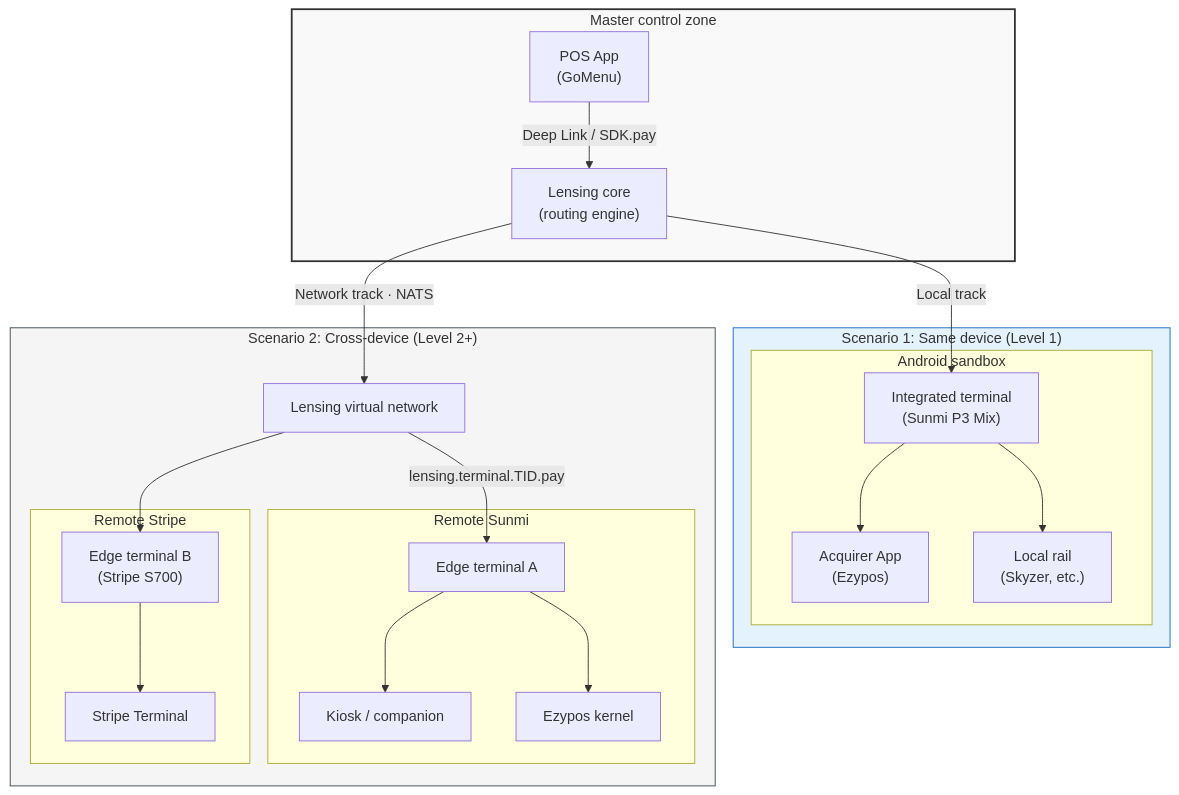
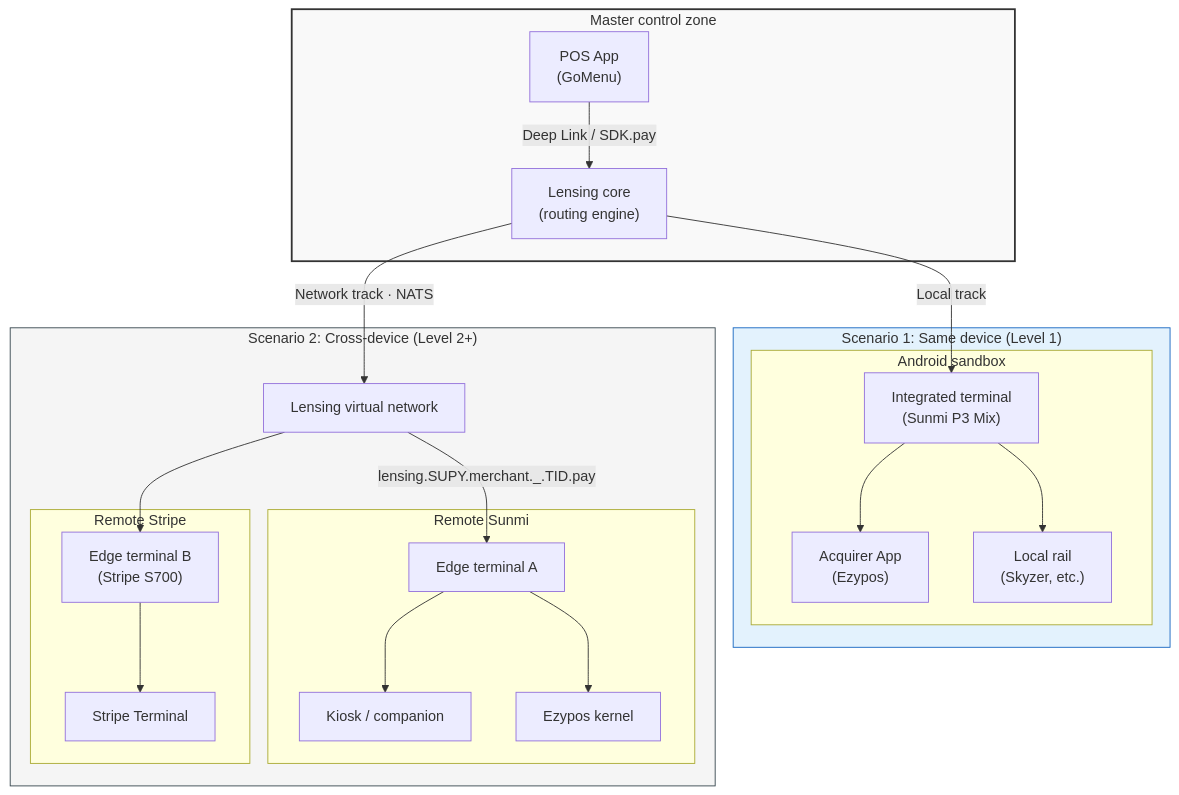
One commit to posrouter/protocol-specs changed the first of 2 diagrams in README_en.md. Above: the diagram before and after it, drawn with Mermaid. The commit also changed other lines of this file and 9 other files, not shown here.

````diff
--- a/README_en.md
+++ b/README_en.md
@@ -64,31 +65,31 @@
 ```mermaid
 graph TD
     subgraph Master_Zone ["Master control zone"]
         A["POS App<br>(GoMenu)"] -->|"Deep Link / SDK.pay"| B["Lensing core<br>(routing engine)"]
     end
 
     subgraph Scenario_1 ["Scenario 1: Same device (Level 1)"]
         B -->|"Local track"| C["Integrated terminal<br>(Sunmi P3 Mix)"]
         subgraph Local_OS ["Android sandbox"]
             C --> D["Acquirer App<br>(Ezypos)"]
             C --> E["Local rail<br>(Skyzer, etc.)"]
         end
     end
 
     subgraph Scenario_2 ["Scenario 2: Cross-device (Level 2+)"]
         B -->|"Network track · NATS"| F["Lensing virtual network"]
-        F -->|"lensing.terminal.TID.pay"| G["Edge terminal A"]
+        F -->|"lensing.SUPY.merchant._.TID.pay"| G["Edge terminal A"]
         subgraph Remote_Sunmi ["Remote Sunmi"]
             G --> H["Kiosk / companion"]
             G --> I["Ezypos kernel"]
         end
         F --> J["Edge terminal B<br>(Stripe S700)"]
         subgraph Remote_Stripe ["Remote Stripe"]
             J --> K["Stripe Terminal"]
         end
     end
 
     style Master_Zone fill:#f9f9f9,stroke:#333,stroke-width:2px
     style Scenario_1 fill:#e3f2fd,stroke:#1565c0,stroke-width:1px
     style Scenario_2 fill:#f5f5f5,stroke:#37474f,stroke-width:1px
 ```
````
